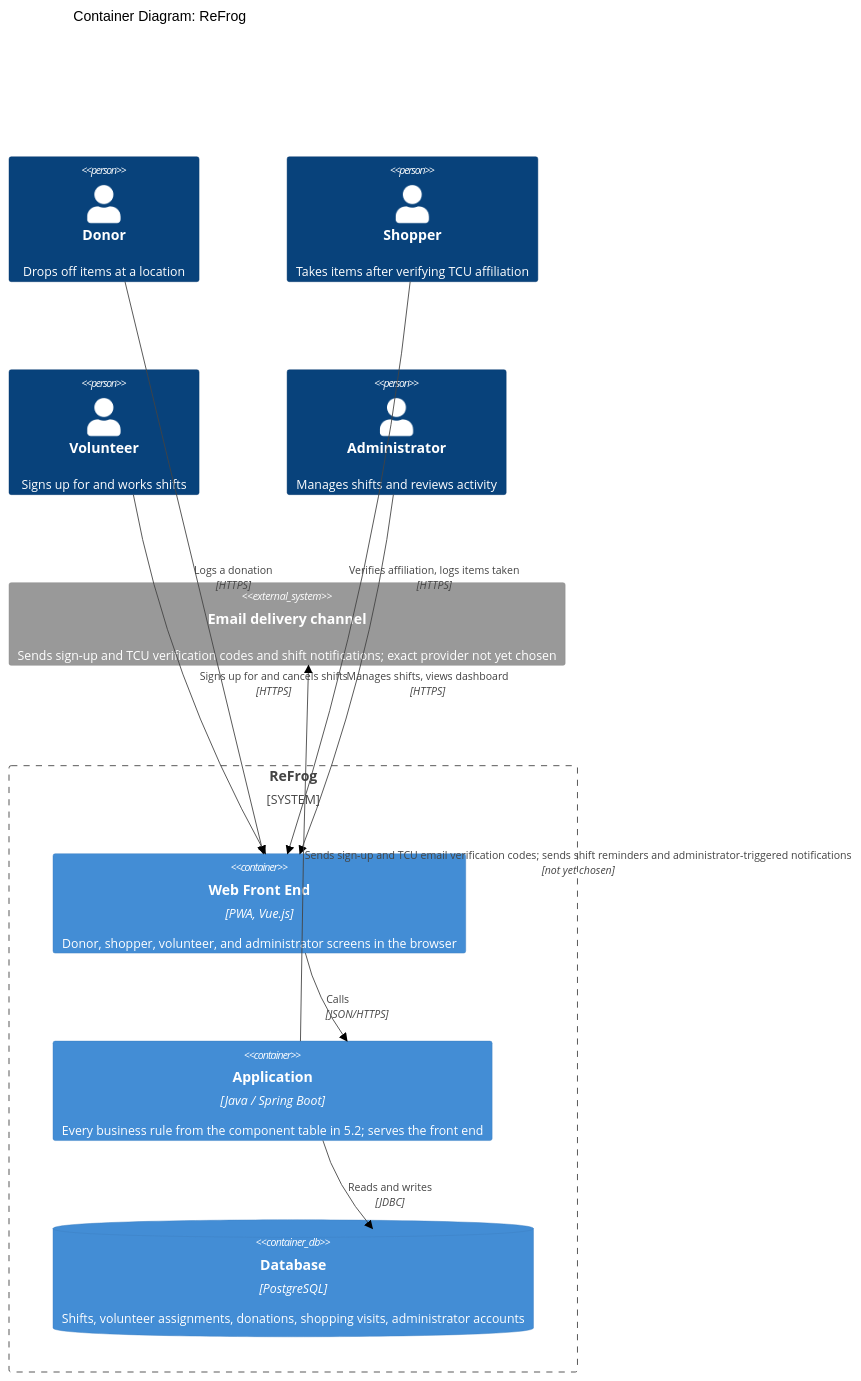
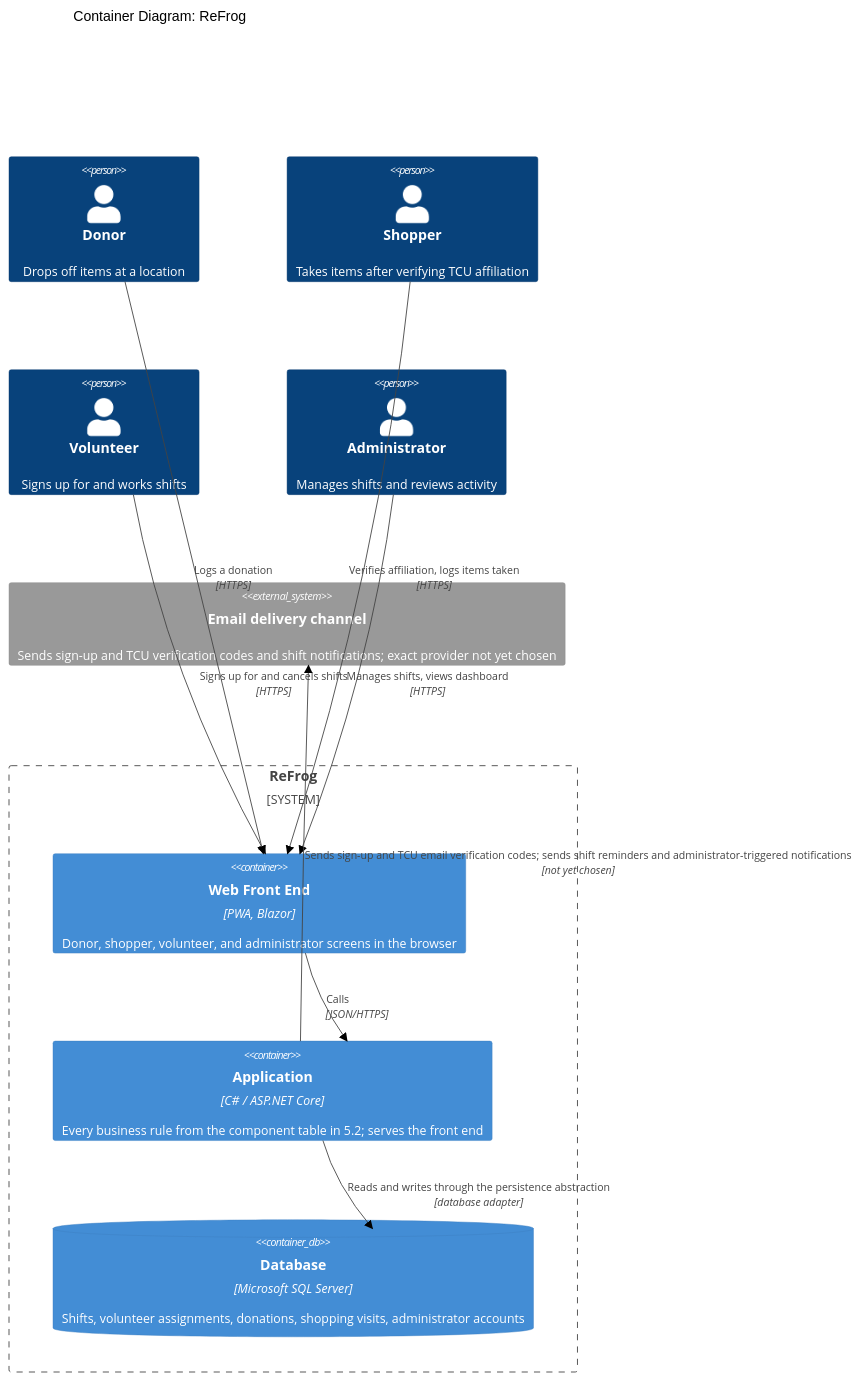
The third of 3 diagrams in docs/design/architectural-design.md (evelyntrann/cosc-40943-team-3-refrog), drawn with Mermaid (neutral theme) before and after one commit. The commit also changed other lines of this file and 6 other files, not shown here.

````diff
--- a/docs/design/architectural-design.md
+++ b/docs/design/architectural-design.md
@@ -209,25 +210,25 @@
 ```mermaid
 C4Container
     title Container Diagram: ReFrog
 
     Person(donor, "Donor", "Drops off items at a location")
     Person(shopper, "Shopper", "Takes items after verifying TCU affiliation")
     Person(volunteer, "Volunteer", "Signs up for and works shifts")
     Person(admin, "Administrator", "Manages shifts and reviews activity")
 
     System_Boundary(refrog, "ReFrog") {
-        Container(web, "Web Front End", "PWA, Vue.js", "Donor, shopper, volunteer, and administrator screens in the browser")
-        Container(app, "Application", "Java / Spring Boot", "Every business rule from the component table in 5.2; serves the front end")
-        ContainerDb(db, "Database", "PostgreSQL", "Shifts, volunteer assignments, donations, shopping visits, administrator accounts")
+        Container(web, "Web Front End", "PWA, Blazor", "Donor, shopper, volunteer, and administrator screens in the browser")
+        Container(app, "Application", "C# / ASP.NET Core", "Every business rule from the component table in 5.2; serves the front end")
+        ContainerDb(db, "Database", "Microsoft SQL Server", "Shifts, volunteer assignments, donations, shopping visits, administrator accounts")
     }
 
     System_Ext(notify, "Email delivery channel", "Sends sign-up and TCU verification codes and shift notifications; exact provider not yet chosen")
 
     Rel(donor, web, "Logs a donation", "HTTPS")
     Rel(shopper, web, "Verifies affiliation, logs items taken", "HTTPS")
     Rel(volunteer, web, "Signs up for and cancels shifts", "HTTPS")
     Rel(admin, web, "Manages shifts, views dashboard", "HTTPS")
     Rel(web, app, "Calls", "JSON/HTTPS")
-    Rel(app, db, "Reads and writes", "JDBC")
+    Rel(app, db, "Reads and writes through the persistence abstraction", "database adapter")
     Rel(app, notify, "Sends sign-up and TCU email verification codes; sends shift reminders and administrator-triggered notifications", "not yet chosen")
 ```
````
